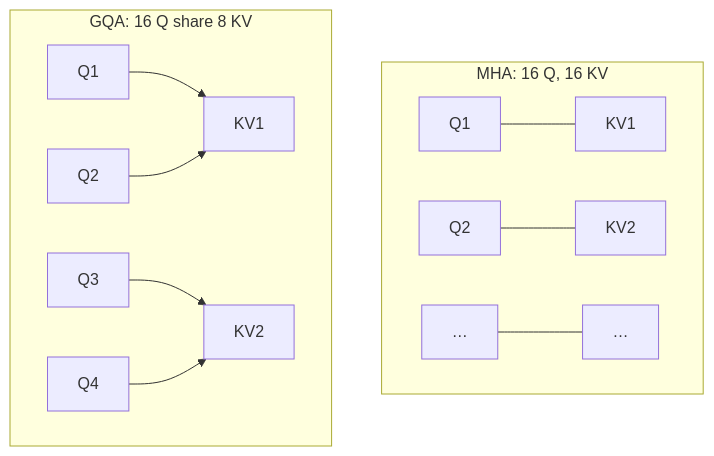
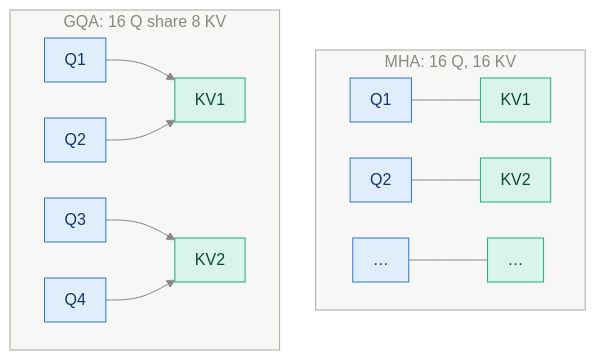
Before and after one commit to sudhanshu-shivam-dev/reasoning_model_from_scratch: the third of 3 diagrams in study_guide/appendix_qwen3_architecture.md, drawn with Mermaid. The commit also changed other lines of this file and 14 other files, not shown here.

First line of the commit message:
Restyle all 54 diagrams: consistent palette, semantic colors, better spacing

````diff
--- a/study_guide/appendix_qwen3_architecture.md
+++ b/study_guide/appendix_qwen3_architecture.md
@@ -128,14 +134,17 @@
 ```mermaid
+%%{init: {"theme":"base","themeVariables":{"primaryColor":"#e0edfb","primaryTextColor":"#0d366b","primaryBorderColor":"#2a78d6","lineColor":"#898781","textColor":"#52514e","edgeLabelBackground":"#f0efec","clusterBkg":"rgba(137,135,129,0.07)","clusterBorder":"#a9a7a0","titleColor":"#898781"},"flowchart":{"nodeSpacing":36,"rankSpacing":44,"curve":"basis","padding":10}}}%%
 flowchart TB
     subgraph MHA["MHA: 16 Q, 16 KV"]
         q1["Q1"] --- k1["KV1"]
         q2["Q2"] --- k2["KV2"]
         qd["…"] --- kd["…"]
     end
     subgraph GQA["GQA: 16 Q share 8 KV"]
         g1["Q1"] --> s1["KV1"]
         g2["Q2"] --> s1
         g3["Q3"] --> s2["KV2"]
         g4["Q4"] --> s2
     end
+    classDef data fill:#d9f4e9,stroke:#1baf7a,color:#0b4a33
+    class k1,k2,kd,s1,s2 data
 ```
````
